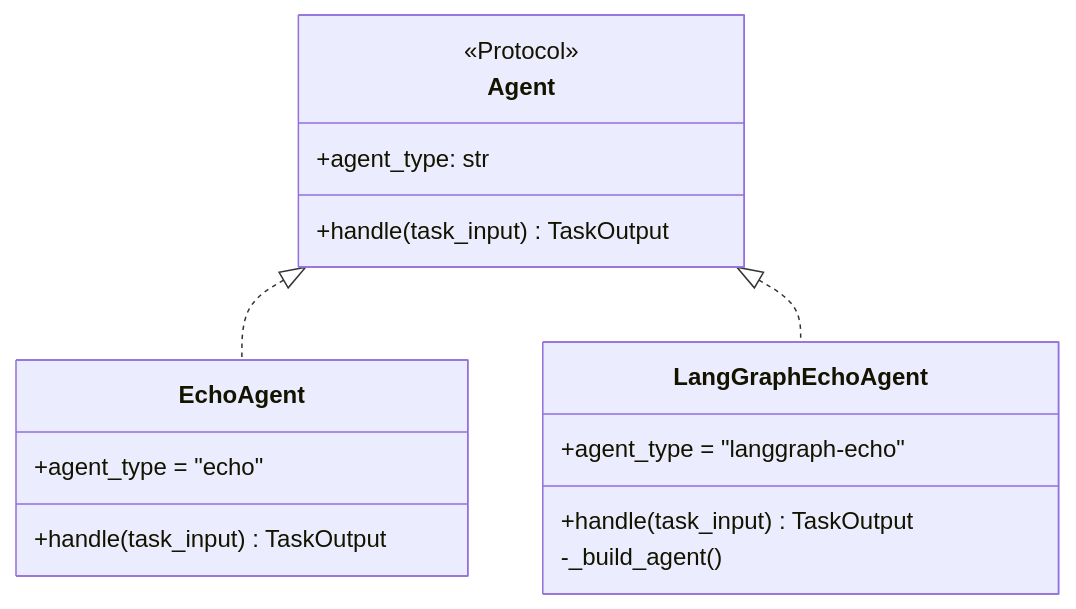
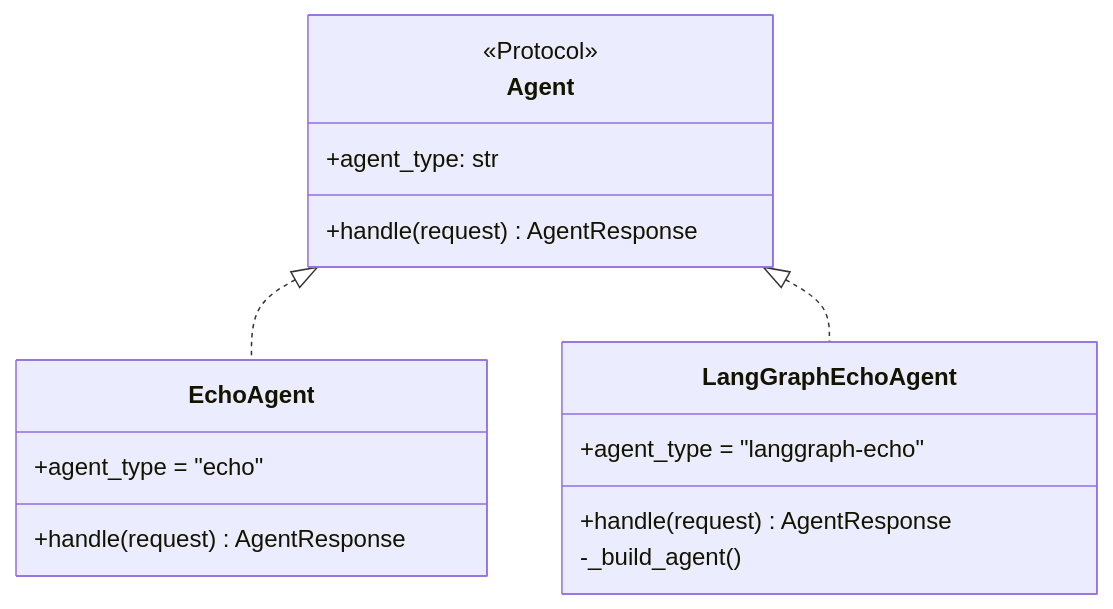
Before and after one commit to ks6088ts-labs/concierge: the second of 2 diagrams in docs/cloud_agent/index.ja.md, drawn with Mermaid. The commit also changed other lines of this file and 41 other files, not shown here.

````diff
--- a/docs/cloud_agent/index.ja.md
+++ b/docs/cloud_agent/index.ja.md
@@ -42,19 +41,19 @@
 ```mermaid
 classDiagram
     class Agent {
         <<Protocol>>
         +agent_type: str
-        +handle(task_input) TaskOutput
+        +handle(request) AgentResponse
     }
     class EchoAgent {
         +agent_type = "echo"
-        +handle(task_input) TaskOutput
+        +handle(request) AgentResponse
     }
     class LangGraphEchoAgent {
         +agent_type = "langgraph-echo"
-        +handle(task_input) TaskOutput
+        +handle(request) AgentResponse
         -_build_agent()
     }
     Agent <|.. EchoAgent
     Agent <|.. LangGraphEchoAgent
 ```
````
